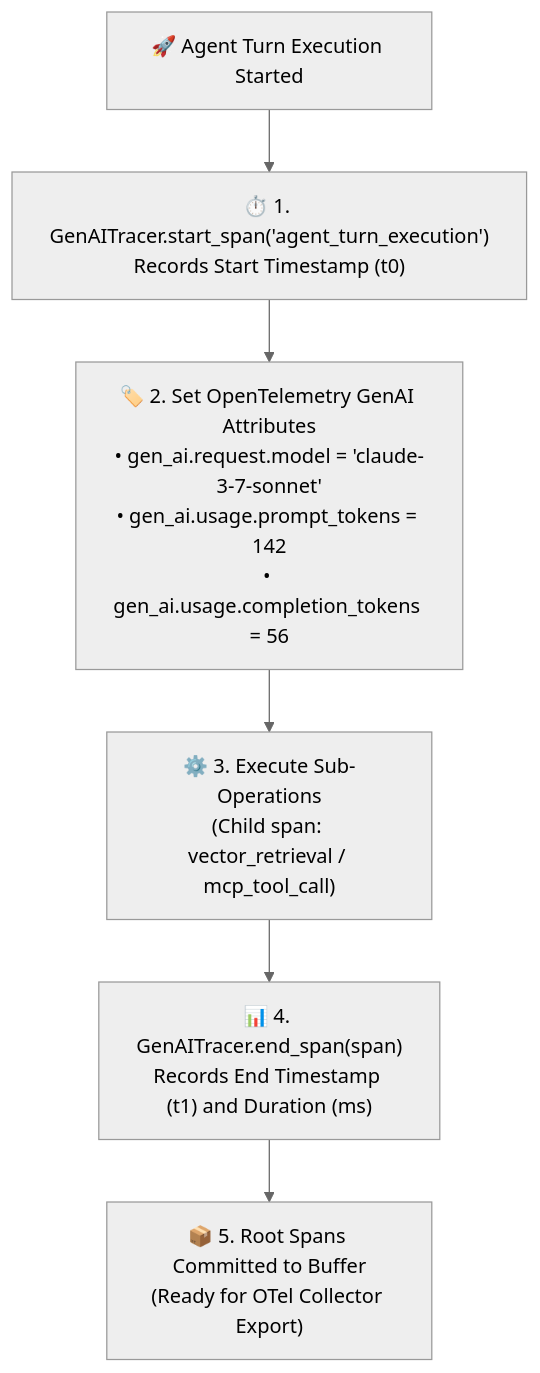
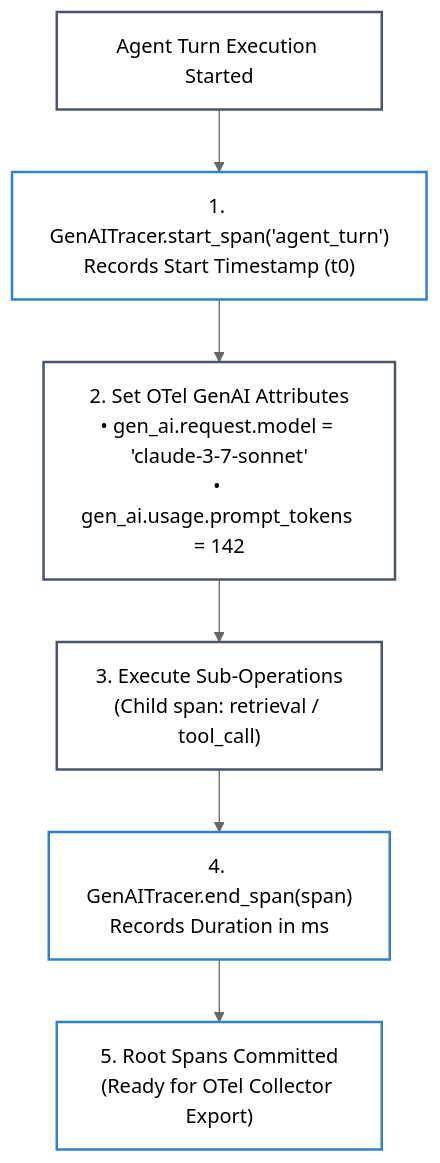
The diagram in labs/lab-05-ai-observability-tracing.md (dip4k/senior-engineer-to-ai-engineer-roadmap), drawn with Mermaid (neutral theme) before and after one commit. The commit also changed other lines of this file and 49 other files, not shown here.

First line of the commit message:
feat(curriculum): complete 2026 refactoring across roadmaps, use-cases, labs, and agent-forge

````diff
--- a/labs/lab-05-ai-observability-tracing.md
+++ b/labs/lab-05-ai-observability-tracing.md
@@ -22,11 +22,11 @@
 ```mermaid
 flowchart TD
-    Req["🚀 Agent Turn Execution Started"] --> StartSpan["⏱️ 1. GenAITracer.start_span('agent_turn_execution')<br>Records Start Timestamp (t0)"]
-    
-    StartSpan --> SetAttrs["🏷️ 2. Set OpenTelemetry GenAI Attributes<br>• gen_ai.request.model = 'claude-3-7-sonnet'<br>• gen_ai.usage.prompt_tokens = 142<br>• gen_ai.usage.completion_tokens = 56"]
-    
-    SetAttrs --> ChildSpan["⚙️ 3. Execute Sub-Operations<br>(Child span: vector_retrieval / mcp_tool_call)"]
-    
-    ChildSpan --> EndSpan["📊 4. GenAITracer.end_span(span)<br>Records End Timestamp (t1) and Duration (ms)"]
-    EndSpan --> TraceBuffer["📦 5. Root Spans Committed to Buffer<br>(Ready for OTel Collector Export)"]
+    classDef default fill:none,stroke:#4a5568,stroke-width:2px;
+    classDef highlight fill:none,stroke:#3182ce,stroke-width:2px;
+
+    Req["Agent Turn Execution Started"]:::default --> StartSpan["1. GenAITracer.start_span('agent_turn')<br>Records Start Timestamp (t0)"]:::highlight
+    StartSpan --> SetAttrs["2. Set OTel GenAI Attributes<br>• gen_ai.request.model = 'claude-3-7-sonnet'<br>• gen_ai.usage.prompt_tokens = 142"]:::default
+    SetAttrs --> ChildSpan["3. Execute Sub-Operations<br>(Child span: retrieval / tool_call)"]:::default
+    ChildSpan --> EndSpan["4. GenAITracer.end_span(span)<br>Records Duration in ms"]:::highlight
+    EndSpan --> TraceBuffer["5. Root Spans Committed<br>(Ready for OTel Collector Export)"]:::highlight
 ```
````
